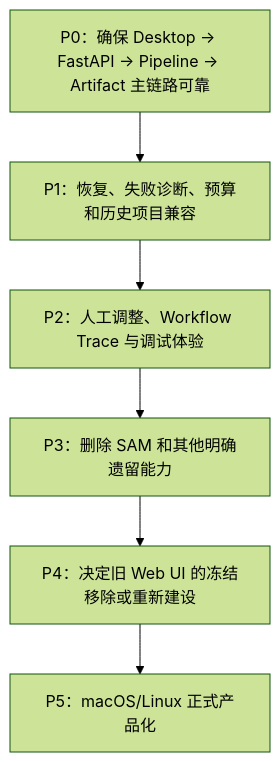
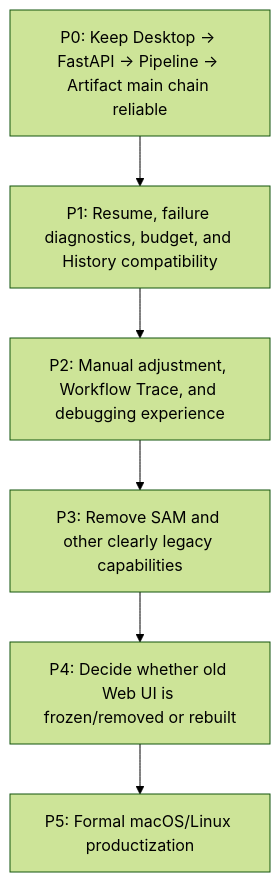
The third of 3 diagrams in architecture-summary/06-maintenance-and-evolution.md (PeiXingXie/Raster2SVG-Demo), drawn with Mermaid (forest theme) before and after one commit. The commit also changed other lines of this file and 14 other files, not shown here.

````diff
--- a/architecture-summary/06-maintenance-and-evolution.md
+++ b/architecture-summary/06-maintenance-and-evolution.md
@@ -150,11 +150,11 @@
 ```mermaid
 flowchart TD
-    P0["P0：确保 Desktop → FastAPI → Pipeline → Artifact 主链路可靠"]
-    P1["P1：恢复、失败诊断、预算和历史项目兼容"]
-    P2["P2：人工调整、Workflow Trace 与调试体验"]
-    P3["P3：删除 SAM 和其他明确遗留能力"]
-    P4["P4：决定旧 Web UI 的冻结移除或重新建设"]
-    P5["P5：macOS/Linux 正式产品化"]
+    P0["P0: Keep Desktop -> FastAPI -> Pipeline -> Artifact main chain reliable"]
+    P1["P1: Resume, failure diagnostics, budget, and History compatibility"]
+    P2["P2: Manual adjustment, Workflow Trace, and debugging experience"]
+    P3["P3: Remove SAM and other clearly legacy capabilities"]
+    P4["P4: Decide whether old Web UI is frozen/removed or rebuilt"]
+    P5["P5: Formal macOS/Linux productization"]
 
     P0 --> P1 --> P2 --> P3 --> P4 --> P5
 ```
````
